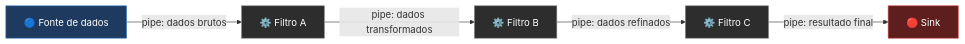
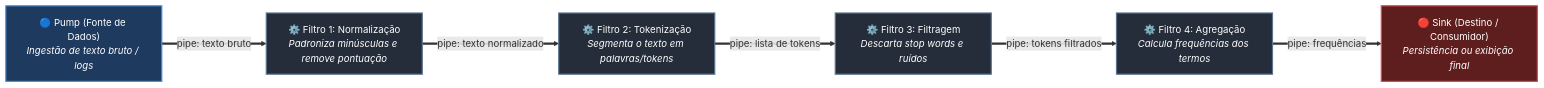
Before and after one commit to thiagoleal435/guia-arquitetura-de-software: the first of 3 diagrams in content/03-pipe-and-filter/index.qmd, drawn with Mermaid. The commit also changed other lines of this file and 4 other files, not shown here.

Commit message:
docs(pipe-and-filter): aprimora diagramas, trade-offs e benchmark empirico no notebook

````diff
--- a/content/03-pipe-and-filter/index.qmd
+++ b/content/03-pipe-and-filter/index.qmd
@@ -85,21 +85,24 @@
 ```{mermaid}
 %%| label: fig-pipe-filter
-%%| fig-cap: "Estrutura do estilo Pipe and Filter: dados fluem da fonte ao sink através de filtros conectados por pipes. As anotações indicam o tipo de dado transportado em cada estágio."
+%%| fig-cap: "Estrutura do estilo Pipe and Filter: o Pump (fonte) injeta os dados no fluxo, onde cada filtro aplica uma transformação específica e independente, conectado por pipes unidirecionais com direcionalidade explícita, até a entrega no Sink (consumidor)."
 flowchart LR
-    S["🔵 Fonte de dados"]
-    F1["⚙️ Filtro A"]
-    F2["⚙️ Filtro B"]
-    F3["⚙️ Filtro C"]
-    K["🔴 Sink"]
+    Pump["🔵 Pump (Fonte de Dados)<br/><i>Ingestão de texto bruto / logs</i>"]
+    F1["⚙️ Filtro 1: Normalização<br/><i>Padroniza minúsculas e remove pontuação</i>"]
+    F2["⚙️ Filtro 2: Tokenização<br/><i>Segmenta o texto em palavras/tokens</i>"]
+    F3["⚙️ Filtro 3: Filtragem<br/><i>Descarta stop words e ruídos</i>"]
+    F4["⚙️ Filtro 4: Agregação<br/><i>Calcula frequências dos termos</i>"]
+    Sink["🔴 Sink (Destino / Consumidor)<br/><i>Persistência ou exibição final</i>"]
 
-    S -->|"pipe: dados brutos"| F1
-    F1 -->|"pipe: dados transformados"| F2
-    F2 -->|"pipe: dados refinados"| F3
-    F3 -->|"pipe: resultado final"| K
+    Pump ==>|"pipe: texto bruto"| F1
+    F1 ==>|"pipe: texto normalizado"| F2
+    F2 ==>|"pipe: lista de tokens"| F3
+    F3 ==>|"pipe: tokens filtrados"| F4
+    F4 ==>|"pipe: frequências"| Sink
 
-    style S fill:#1e3a5f,stroke:#4a90d9,color:#fff
-    style K fill:#5f1e1e,stroke:#d94a4a,color:#fff
-    style F1 fill:#2d2d2d,stroke:#888,color:#fff
-    style F2 fill:#2d2d2d,stroke:#888,color:#fff
-    style F3 fill:#2d2d2d,stroke:#888,color:#fff
+    style Pump fill:#1e3a5f,stroke:#4a90d9,color:#fff,stroke-width:2px
+    style Sink fill:#5f1e1e,stroke:#d94a4a,color:#fff,stroke-width:2px
+    style F1 fill:#252d3a,stroke:#5a738e,color:#fff,stroke-width:2px
+    style F2 fill:#252d3a,stroke:#5a738e,color:#fff,stroke-width:2px
+    style F3 fill:#252d3a,stroke:#5a738e,color:#fff,stroke-width:2px
+    style F4 fill:#252d3a,stroke:#5a738e,color:#fff,stroke-width:2px
 ```
````
